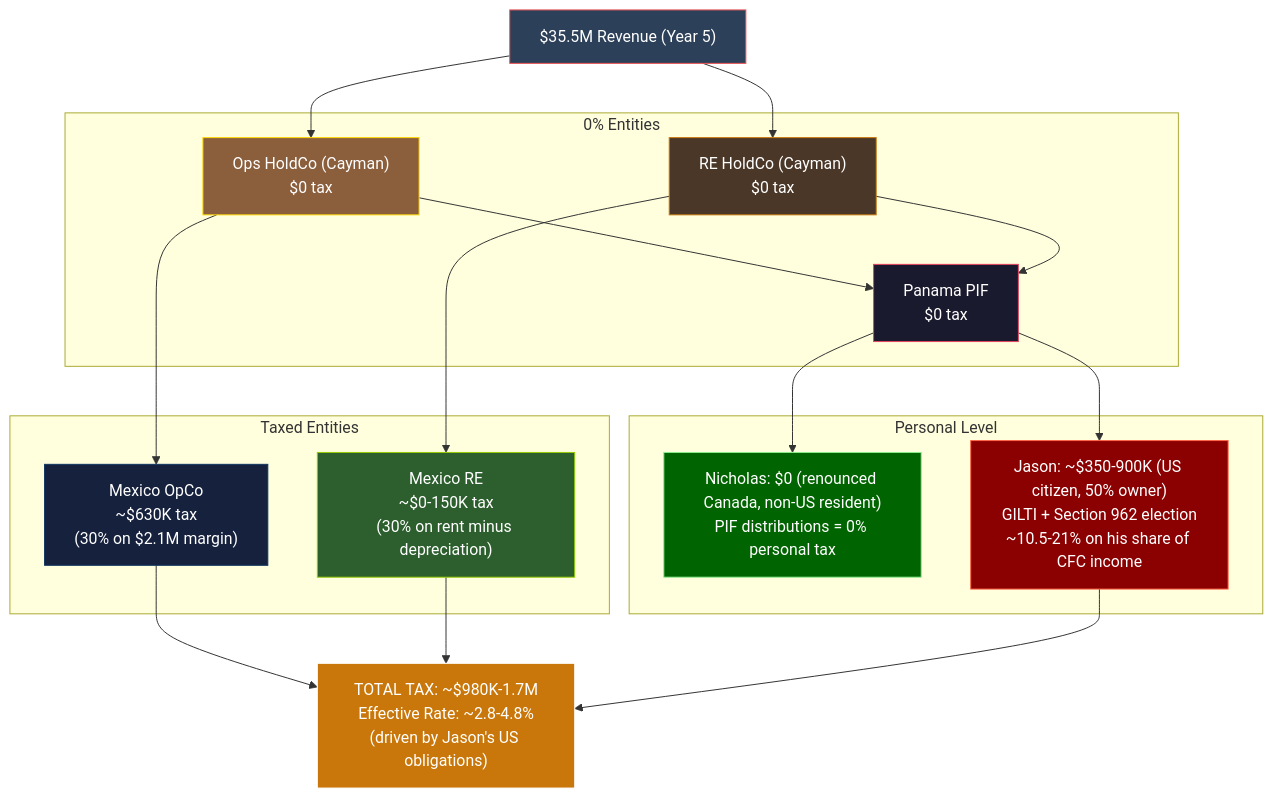
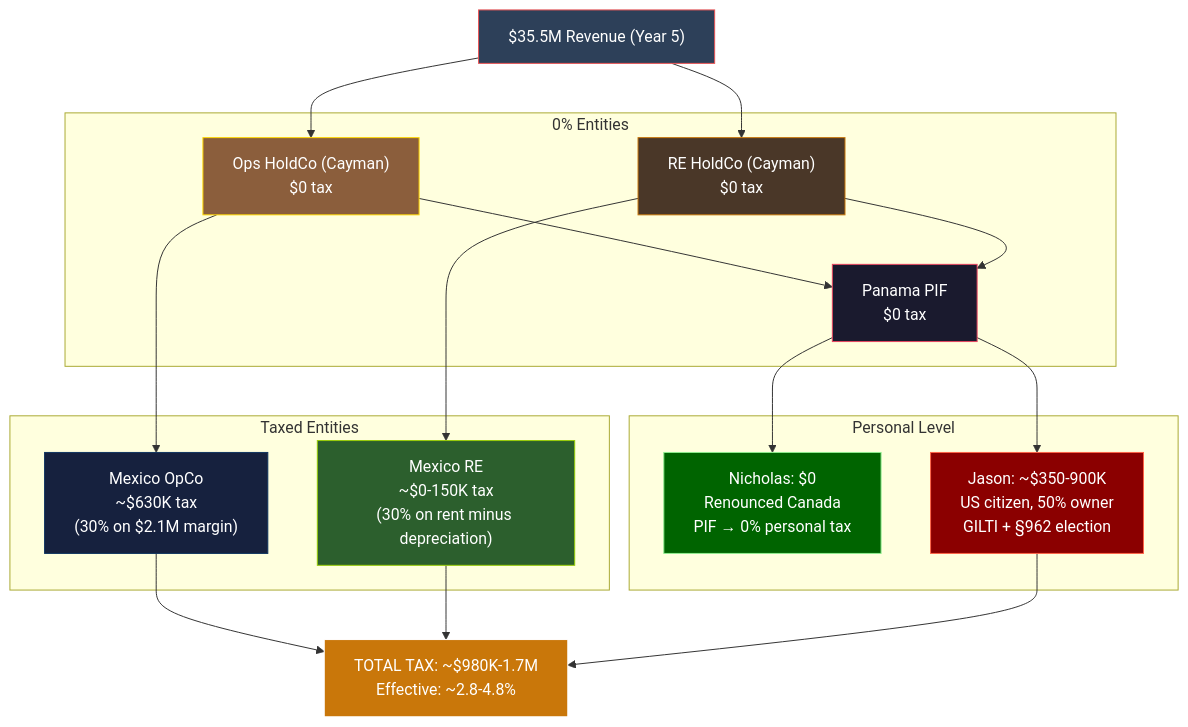
Before and after one commit to Light-Brands/epic-center: the fifth of 5 diagrams in docs/tax-structure/te/TEC-STANDALONE-STRUCTURE.md, drawn with Mermaid. The commit also changed other lines of this file and 1 other file, not shown here.

First line of the commit message:
Trim mermaid diagram text to fit within node boundaries

````diff
--- a/docs/tax-structure/te/TEC-STANDALONE-STRUCTURE.md
+++ b/docs/tax-structure/te/TEC-STANDALONE-STRUCTURE.md
@@ -741,45 +741,45 @@
 ```mermaid
 graph TB
     REV["$35.5M Revenue (Year 5)"]
 
     subgraph "0% Entities"
         OPS_CAY["Ops HoldCo (Cayman)<br/>$0 tax"]
         RE_CAY["RE HoldCo (Cayman)<br/>$0 tax"]
         PIF_TAX["Panama PIF<br/>$0 tax"]
     end
 
     subgraph "Taxed Entities"
         MEX_OPS_TAX["Mexico OpCo<br/>~$630K tax<br/>(30% on $2.1M margin)"]
         MEX_RE_TAX["Mexico RE<br/>~$0-150K tax<br/>(30% on rent minus depreciation)"]
     end
 
     subgraph "Personal Level"
-        NICH["Nicholas: $0 (renounced Canada, non-US resident)<br/>PIF distributions = 0% personal tax"]
-        JASON_TAX["Jason: ~$350-900K (US citizen, 50% owner)<br/>GILTI + Section 962 election<br/>~10.5-21% on his share of CFC income"]
+        NICH["Nicholas: $0<br/>Renounced Canada<br/>PIF → 0% personal tax"]
+        JASON_TAX["Jason: ~$350-900K<br/>US citizen, 50% owner<br/>GILTI + §962 election"]
     end
 
-    TOTAL["TOTAL TAX: ~$980K-1.7M<br/>Effective Rate: ~2.8-4.8%<br/>(driven by Jason's US obligations)"]
+    TOTAL["TOTAL TAX: ~$980K-1.7M<br/>Effective: ~2.8-4.8%"]
 
     REV --> OPS_CAY
     REV --> RE_CAY
     OPS_CAY --> MEX_OPS_TAX
     RE_CAY --> MEX_RE_TAX
     OPS_CAY --> PIF_TAX
     RE_CAY --> PIF_TAX
     PIF_TAX --> NICH
     PIF_TAX --> JASON_TAX
 
     MEX_OPS_TAX --> TOTAL
     MEX_RE_TAX --> TOTAL
     JASON_TAX --> TOTAL
 
     style REV fill:#2d4059,stroke:#ea5455,color:#fff
     style OPS_CAY fill:#8b5e3c,stroke:#ffd700,color:#fff
     style RE_CAY fill:#4a3728,stroke:#c9770a,color:#fff
     style PIF_TAX fill:#1a1a2e,stroke:#e94560,color:#fff
     style MEX_OPS_TAX fill:#16213e,stroke:#0f3460,color:#fff
     style MEX_RE_TAX fill:#2c5f2d,stroke:#97cc04,color:#fff
     style NICH fill:#006400,stroke:#90ee90,color:#fff
     style JASON_TAX fill:#8b0000,stroke:#ff6347,color:#fff
     style TOTAL fill:#c9770a,stroke:#fff,color:#fff
 ```
````
